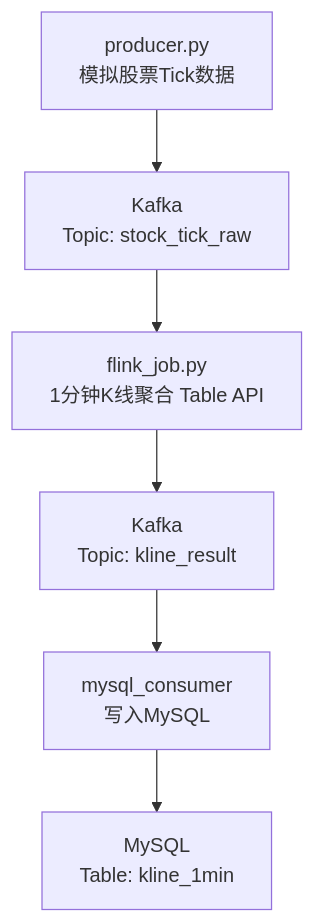
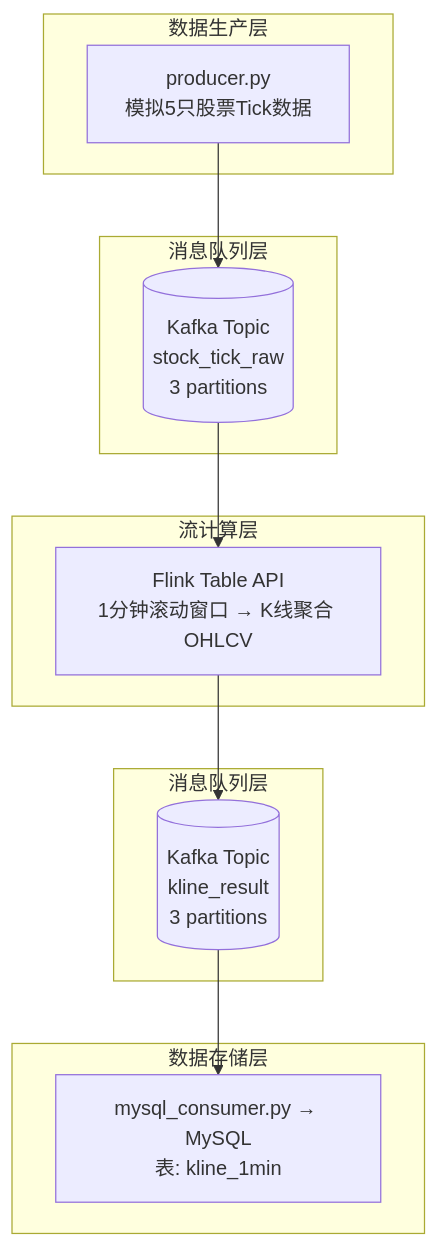
One commit to gaopeiling/pyflink_kafka_demo changed the diagram in README.md. Above: the diagram before and after it, drawn with Mermaid. The commit also changed other lines of this file, not shown here.

````diff
--- a/README.md
+++ b/README.md
@@ -12,8 +40,24 @@
 ```mermaid
 flowchart TD
-    A[producer.py<br/>模拟股票Tick数据] --> B[Kafka<br/>Topic: stock_tick_raw]
-    B --> C[flink_job.py<br/>1分钟K线聚合 Table API]
-    C --> D[Kafka<br/>Topic: kline_result]
-    D --> E[mysql_consumer<br/>写入MySQL]
-    E --> F[MySQL<br/>Table: kline_1min]
+    subgraph A [数据生产层]
+        P[producer.py<br/>模拟5只股票Tick数据]
+    end
+
+    subgraph B [消息队列层]
+        K1[(Kafka Topic<br/>stock_tick_raw<br/>3 partitions)]
+    end
+
+    subgraph C [流计算层]
+        F[Flink Table API<br/>1分钟滚动窗口 → K线聚合 OHLCV]
+    end
+
+    subgraph D [消息队列层]
+        K2[(Kafka Topic<br/>kline_result<br/>3 partitions)]
+    end
+
+    subgraph E [数据存储层]
+        M[mysql_consumer.py → MySQL<br/>表: kline_1min]
+    end
+
+    P --> K1 --> F --> K2 --> M
 ```
````
